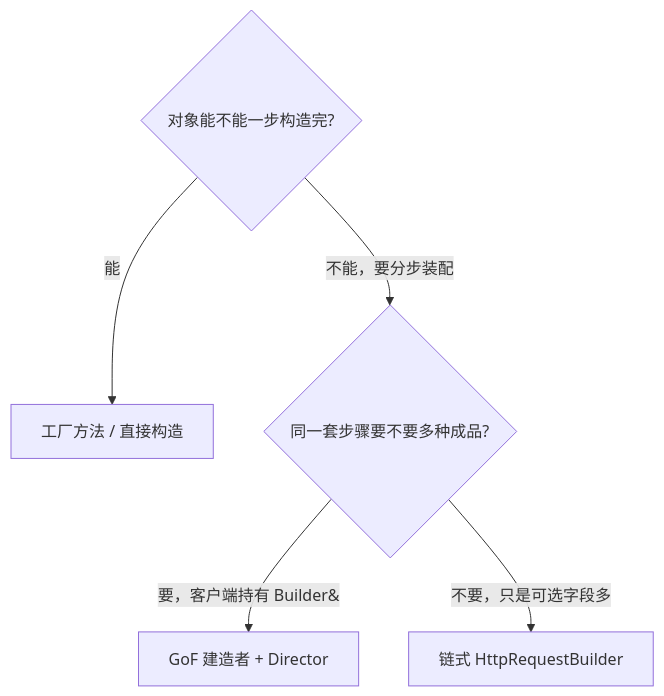
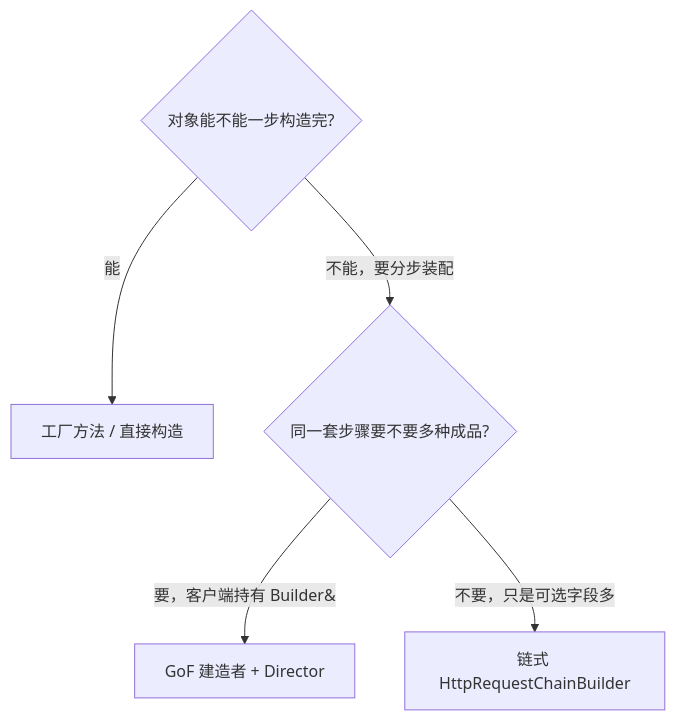
One commit to zackdlut/design_pattern changed the third of 9 diagrams in docs/creational/builder.md. Above: the diagram before and after it, drawn with Mermaid. The commit also changed other lines of this file and 6 other files, not shown here.

````diff
--- a/docs/creational/builder.md
+++ b/docs/creational/builder.md
@@ -90,8 +90,8 @@
 ```mermaid
 flowchart TD
   Q1{对象能不能一步构造完?}
   Q1 -->|能| FM[工厂方法 / 直接构造]
   Q1 -->|不能，要分步装配| Q2{同一套步骤要不要多种成品?}
   Q2 -->|要，客户端持有 Builder&| B[GoF 建造者 + Director]
-  Q2 -->|不要，只是可选字段多| F[链式 HttpRequestBuilder]
+  Q2 -->|不要，只是可选字段多| F[链式 HttpRequestChainBuilder]
 ```
````
